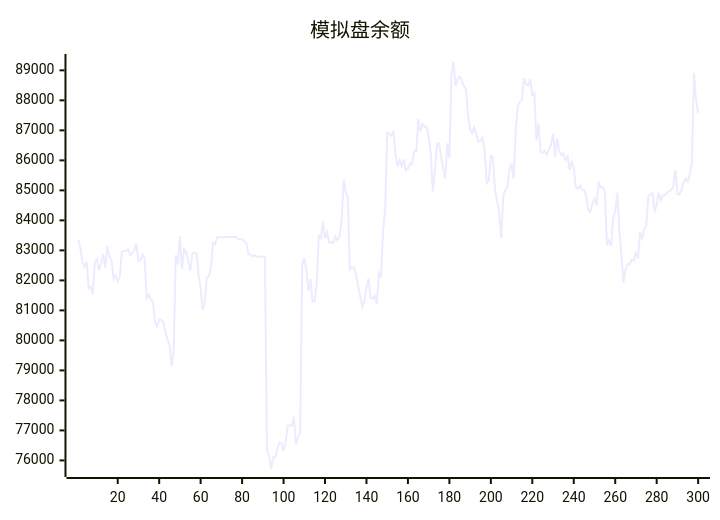
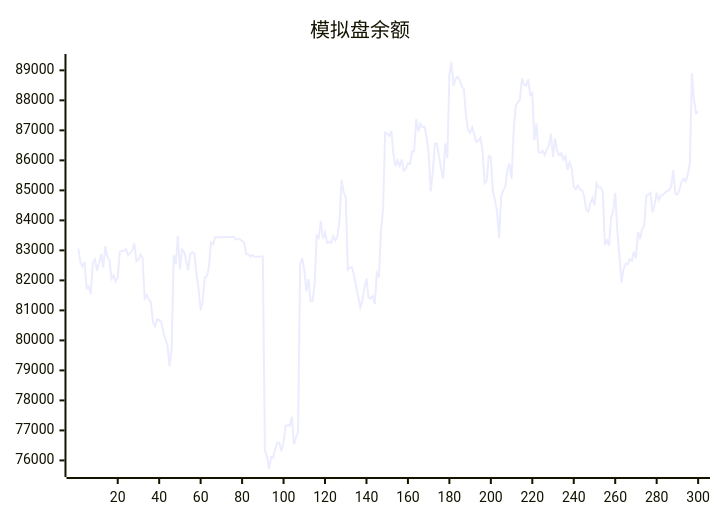
Before and after one commit to aahl/ai-trading: the diagram in README.md, drawn with Mermaid. The commit also changed other lines of this file and 1 other file, not shown here.

````diff
--- a/README.md
+++ b/README.md
@@ -5,5 +5,5 @@
 ```mermaid
 xychart
     title "模拟盘余额"
-    line [83362,83056,82605,82459,82614,81734,81788,81551,82598,82702,82320,82580,82878,82426,83139,82778,82686,82056,82166,81963,82110,82951,82983,82984,83038,82838,82915,82998,83235,82642,82682,82858,82746,81396,81512,81362,81277,80600,80461,80699,80673,80616,80288,80038,79836,79142,79722,82837,82533,83480,82366,83032,82960,82654,82330,82883,82934,82901,82188,81728,81005,81298,82110,82135,82449,83264,83203,83440,83439,83440,83440,83446,83447,83448,83447,83448,83449,83369,83369,83369,83313,83256,82872,82873,82801,82844,82785,82791,82791,82793,82794,76339,76145,75714,76110,76096,76397,76594,76585,76310,76607,77160,77170,77160,77456,76541,76774,76927,82520,82744,82337,81639,82040,81307,81314,81887,83490,83414,83984,83396,83594,83261,83287,83253,83470,83327,83465,83987,85348,84930,84786,82355,82433,82438,82167,81795,81466,81105,81315,81756,82064,81426,81398,81481,81210,82242,82099,83658,84359,86925,86892,86814,86980,86203,85802,86003,85811,86028,85657,85721,85896,85880,86300,86299,87378,86965,87214,87115,87118,86780,86238,84966,85623,86555,86562,86129,85722,85387,86569,86070,88870,89278,88477,88720,88781,88668,88467,88372,87493,87018,86917,87102,86870,86613,86644,86758,86317,85242,85334,86149,86106,84968,84671,84302,83410,84816,85001,85127,85693,85891,85384,87001,87811,87945,88007,88734,88528,88495,88705,88189,88248,86662,87234,86279,86251,86314,86177,86364,86503,86886,86114,86731,86310,86176,86240,86017,86136,85685,85938,85749,85111,85044,85164,85016,85008,84824,84354,84287,84572,84745,84500,85234,85096,85095,84970,83180,83338,83157,84070,84309,84922,83667,82850,81924,82369,82552,82539,82695,82648,82962,82728,83619,83378,83710,83825,84819,84854,84917,84265,84527,84919,84668,84834,84850,84916,84981,85004,85131,85674,84891,84864,85019,85284,85393,85294,85538,85894,88904,88012,87567]
+    line [83056,82605,82459,82614,81734,81788,81551,82598,82702,82320,82580,82878,82426,83139,82778,82686,82056,82166,81963,82110,82951,82983,82984,83038,82838,82915,82998,83235,82642,82682,82858,82746,81396,81512,81362,81277,80600,80461,80699,80673,80616,80288,80038,79836,79142,79722,82837,82533,83480,82366,83032,82960,82654,82330,82883,82934,82901,82188,81728,81005,81298,82110,82135,82449,83264,83203,83440,83439,83440,83440,83446,83447,83448,83447,83448,83449,83369,83369,83369,83313,83256,82872,82873,82801,82844,82785,82791,82791,82793,82794,76339,76145,75714,76110,76096,76397,76594,76585,76310,76607,77160,77170,77160,77456,76541,76774,76927,82520,82744,82337,81639,82040,81307,81314,81887,83490,83414,83984,83396,83594,83261,83287,83253,83470,83327,83465,83987,85348,84930,84786,82355,82433,82438,82167,81795,81466,81105,81315,81756,82064,81426,81398,81481,81210,82242,82099,83658,84359,86925,86892,86814,86980,86203,85802,86003,85811,86028,85657,85721,85896,85880,86300,86299,87378,86965,87214,87115,87118,86780,86238,84966,85623,86555,86562,86129,85722,85387,86569,86070,88870,89278,88477,88720,88781,88668,88467,88372,87493,87018,86917,87102,86870,86613,86644,86758,86317,85242,85334,86149,86106,84968,84671,84302,83410,84816,85001,85127,85693,85891,85384,87001,87811,87945,88007,88734,88528,88495,88705,88189,88248,86662,87234,86279,86251,86314,86177,86364,86503,86886,86114,86731,86310,86176,86240,86017,86136,85685,85938,85749,85111,85044,85164,85016,85008,84824,84354,84287,84572,84745,84500,85234,85096,85095,84970,83180,83338,83157,84070,84309,84922,83667,82850,81924,82369,82552,82539,82695,82648,82962,82728,83619,83378,83710,83825,84819,84854,84917,84265,84527,84919,84668,84834,84850,84916,84981,85004,85131,85674,84891,84864,85019,85284,85393,85294,85538,85894,88904,88012,87567,87625]
 ```
````
